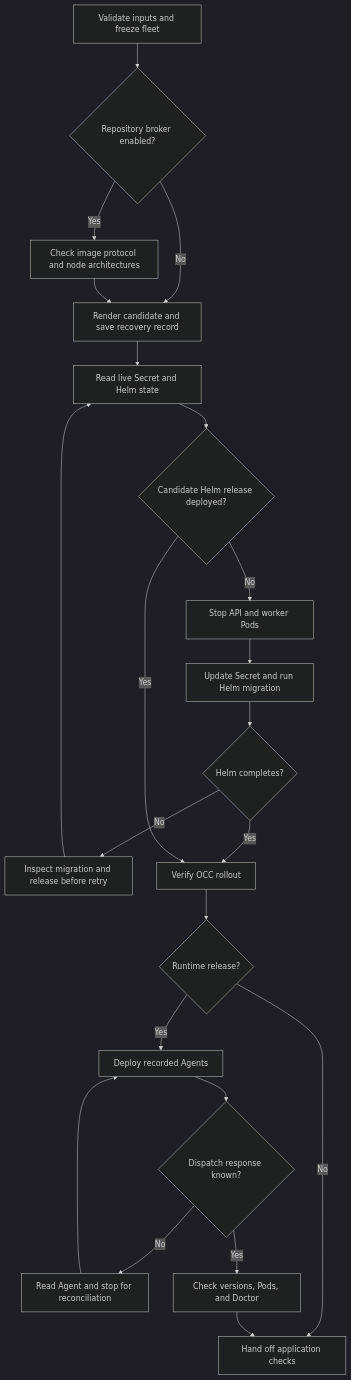
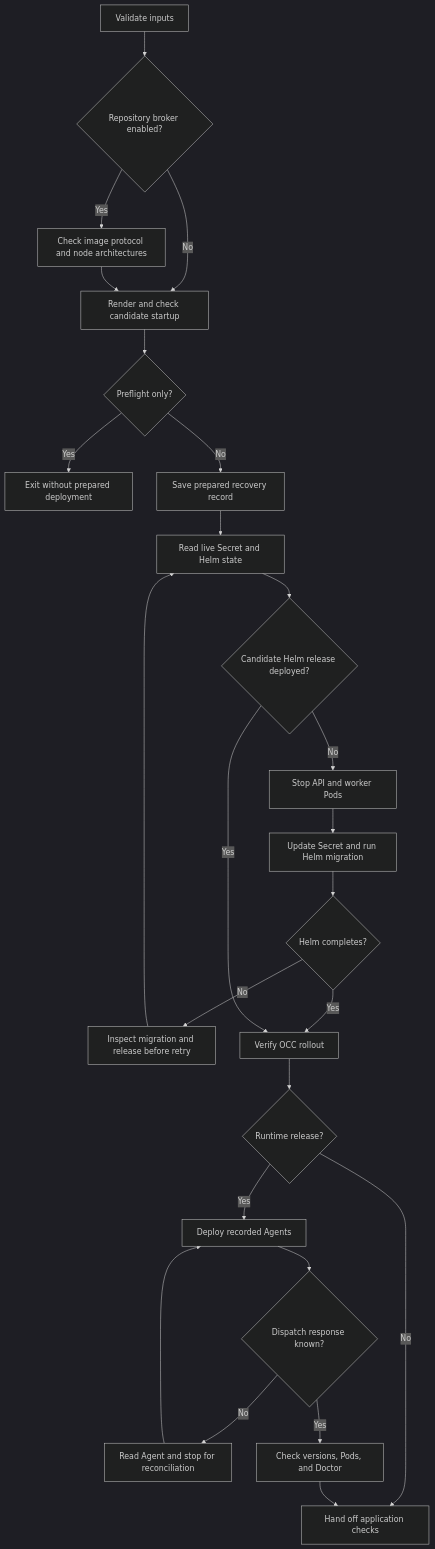
Before and after one commit to openclaw/openclaw-enterprise: the diagram in docs/flows/coordinated-production-upgrade.md, drawn with Mermaid (dark theme). The commit also changed other lines of this file and 3 other files, not shown here.

````diff
--- a/docs/flows/coordinated-production-upgrade.md
+++ b/docs/flows/coordinated-production-upgrade.md
@@ -31,24 +31,27 @@
 ```mermaid
 graph TD
-    A["Validate inputs and freeze fleet"] --> Q{"Repository broker enabled?"}
+    A["Validate inputs"] --> Q{"Repository broker enabled?"}
     Q -->|Yes| P["Check image protocol and node architectures"]
-    Q -->|No| B["Render candidate and save recovery record"]
+    Q -->|No| B["Render and check candidate startup"]
     P --> B
-    B --> C["Read live Secret and Helm state"]
+    B --> R{"Preflight only?"}
+    R -->|Yes| S["Exit without prepared deployment"]
+    R -->|No| T["Save prepared recovery record"]
+    T --> C["Read live Secret and Helm state"]
     C --> D{"Candidate Helm release deployed?"}
     D -->|No| E["Stop API and worker Pods"]
     E --> F["Update Secret and run Helm migration"]
     F --> G{"Helm completes?"}
     G -->|No| H["Inspect migration and release before retry"]
     H --> C
     G -->|Yes| I["Verify OCC rollout"]
     D -->|Yes| I
     I --> J{"Runtime release?"}
     J -->|No| K["Hand off application checks"]
     J -->|Yes| L["Deploy recorded Agents"]
     L --> M{"Dispatch response known?"}
     M -->|No| N["Read Agent and stop for reconciliation"]
     N --> L
     M -->|Yes| O["Check versions, Pods, and Doctor"]
     O --> K
 ```
````
